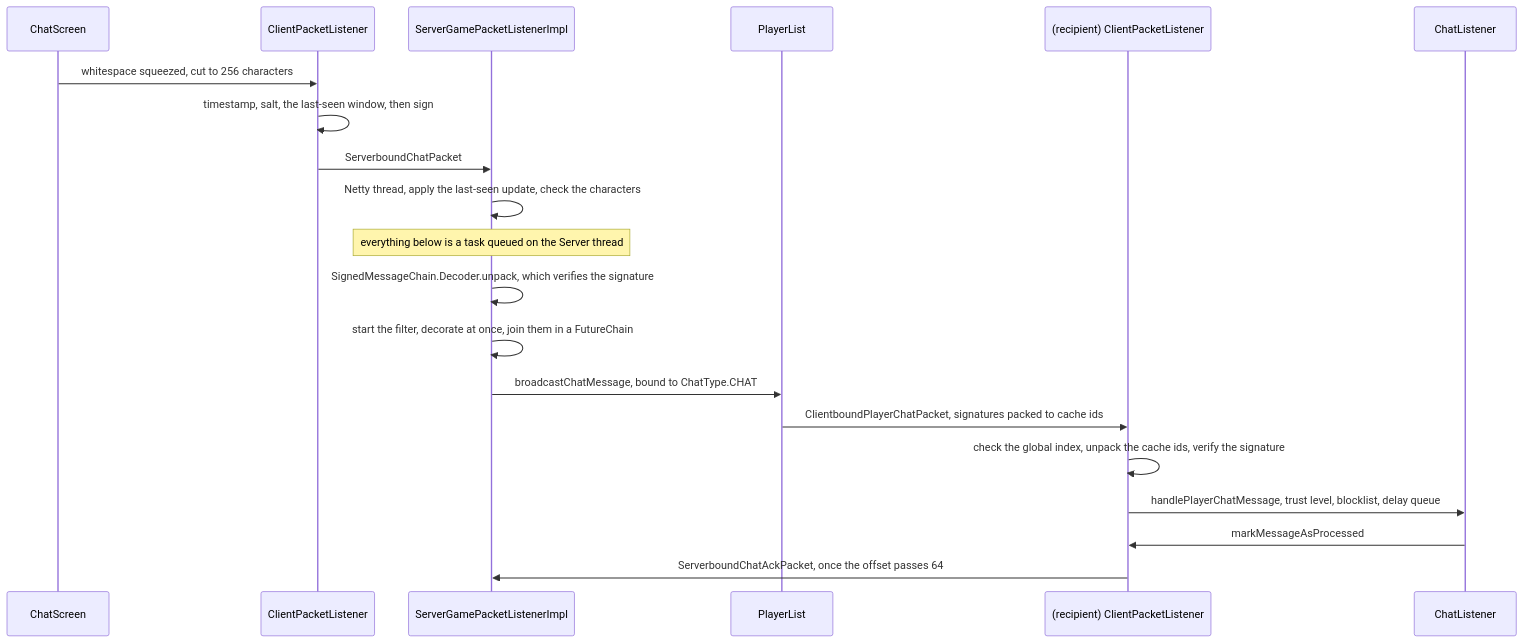
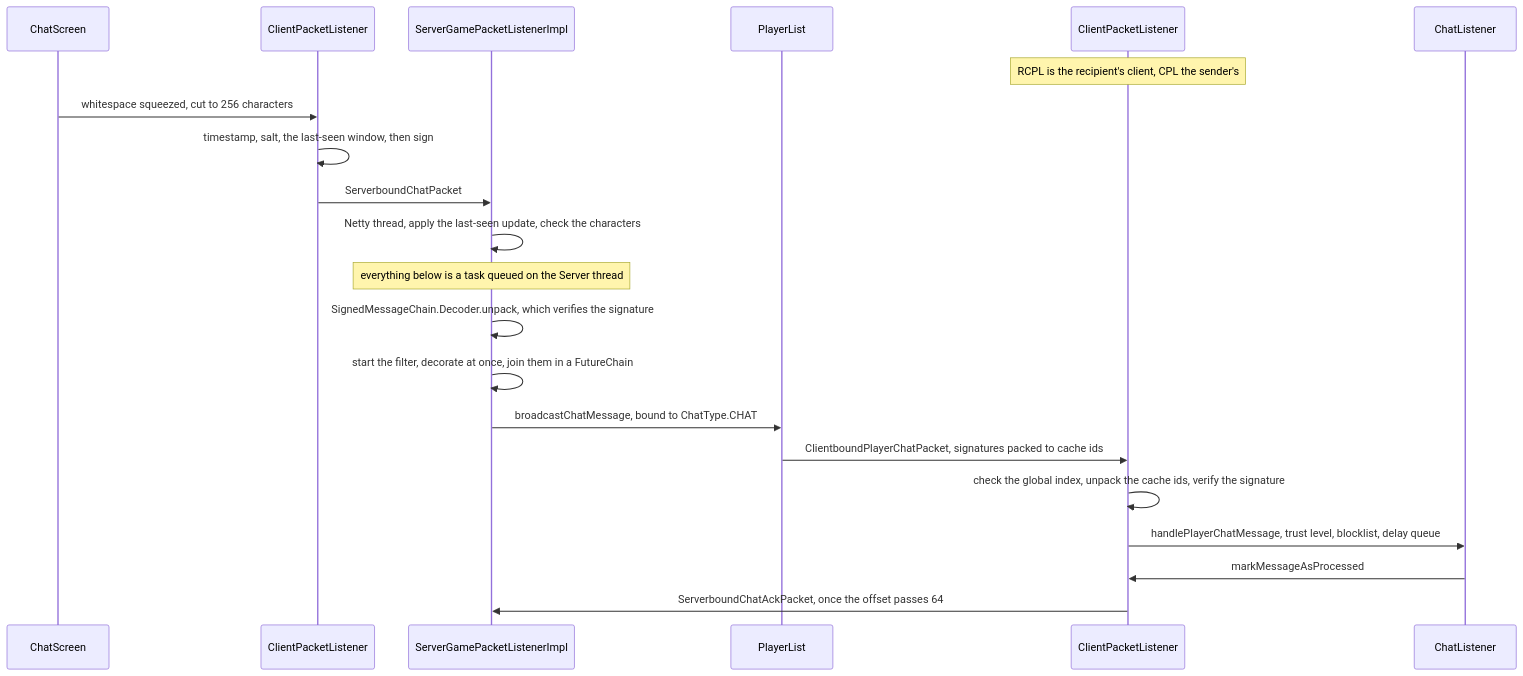
One commit to AlexanderjFraser/MinecraftDocs changed the first of 2 diagrams in src/systems/networking/chat-and-signing.md. Above: the diagram before and after it, drawn with Mermaid. The commit also changed 32 other files, not shown here.

````diff
--- a/src/systems/networking/chat-and-signing.md
+++ b/src/systems/networking/chat-and-signing.md
@@ -49,23 +49,24 @@
 ```mermaid
 sequenceDiagram
     participant CScr as ChatScreen
     participant CPL as ClientPacketListener
     participant SGPL as ServerGamePacketListenerImpl
     participant PL as PlayerList
-    participant RCPL as (recipient) ClientPacketListener
+    participant RCPL as ClientPacketListener
     participant CLis as ChatListener
+    Note over RCPL: RCPL is the recipient's client, CPL the sender's
 
     CScr->>CPL: whitespace squeezed, cut to 256 characters
     CPL->>CPL: timestamp, salt, the last-seen window, then sign
     CPL->>SGPL: ServerboundChatPacket
     SGPL->>SGPL: Netty thread, apply the last-seen update, check the characters
     Note over SGPL: everything below is a task queued on the Server thread
     SGPL->>SGPL: SignedMessageChain.Decoder.unpack, which verifies the signature
     SGPL->>SGPL: start the filter, decorate at once, join them in a FutureChain
     SGPL->>PL: broadcastChatMessage, bound to ChatType.CHAT
     PL->>RCPL: ClientboundPlayerChatPacket, signatures packed to cache ids
     RCPL->>RCPL: check the global index, unpack the cache ids, verify the signature
     RCPL->>CLis: handlePlayerChatMessage, trust level, blocklist, delay queue
     CLis->>RCPL: markMessageAsProcessed
     RCPL->>SGPL: ServerboundChatAckPacket, once the offset passes 64
 ```
````
